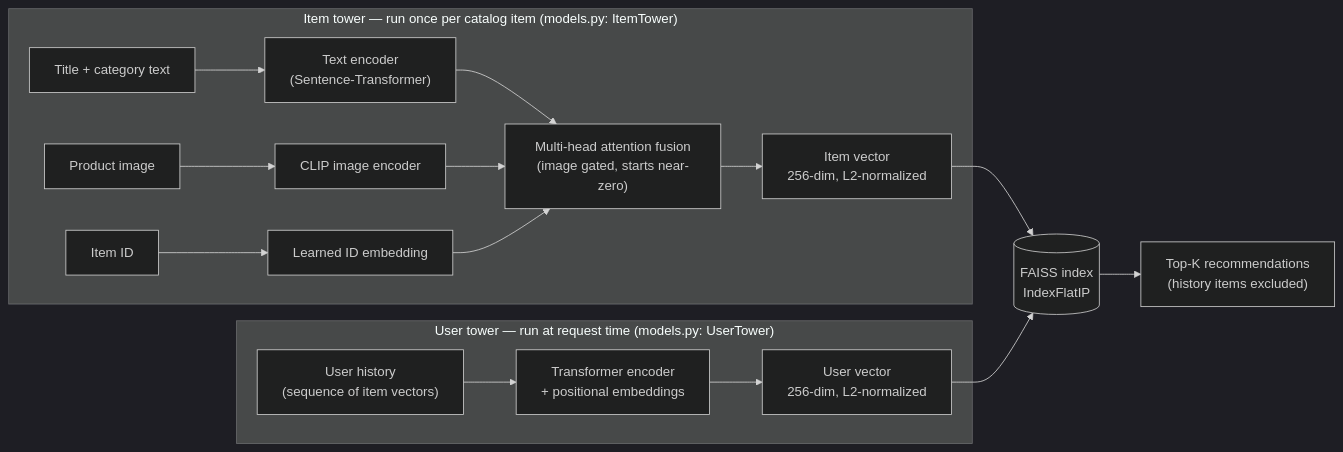
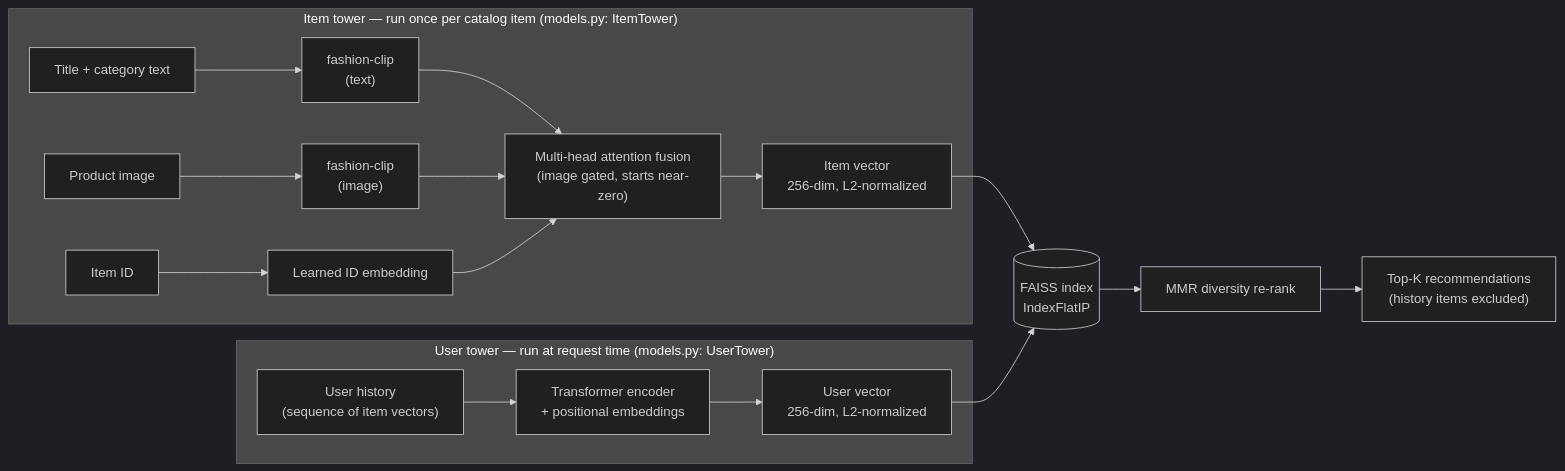
One commit to Sonith-Bingi/multimodal-fashion-recommender changed the diagram in README.md. Above: the diagram before and after it, drawn with Mermaid (dark theme). The commit also changed other lines of this file and 15 other files, not shown here.

````diff
--- a/README.md
+++ b/README.md
@@ -116,21 +125,22 @@
 ```mermaid
 flowchart LR
     subgraph user["User tower — run at request time (models.py: UserTower)"]
         H["User history\n(sequence of item vectors)"] --> UT["Transformer encoder\n+ positional embeddings"]
         UT --> UV["User vector\n256-dim, L2-normalized"]
     end
 
     subgraph item["Item tower — run once per catalog item (models.py: ItemTower)"]
-        TXT["Title + category text"] --> TE["Text encoder\n(Sentence-Transformer)"]
-        IMG["Product image"] --> IE["CLIP image encoder"]
+        TXT["Title + category text"] --> TE["fashion-clip\n(text)"]
+        IMG["Product image"] --> IE["fashion-clip\n(image)"]
         ID["Item ID"] --> IDE["Learned ID embedding"]
         TE --> FUSE["Multi-head attention fusion\n(image gated, starts near-zero)"]
         IE --> FUSE
         IDE --> FUSE
         FUSE --> IV["Item vector\n256-dim, L2-normalized"]
     end
 
     IV --> FAISS[("FAISS index\nIndexFlatIP")]
     UV --> FAISS
-    FAISS --> OUT["Top-K recommendations\n(history items excluded)"]
+    FAISS --> MMR["MMR diversity re-rank"]
+    MMR --> OUT["Top-K recommendations\n(history items excluded)"]
 ```
````
